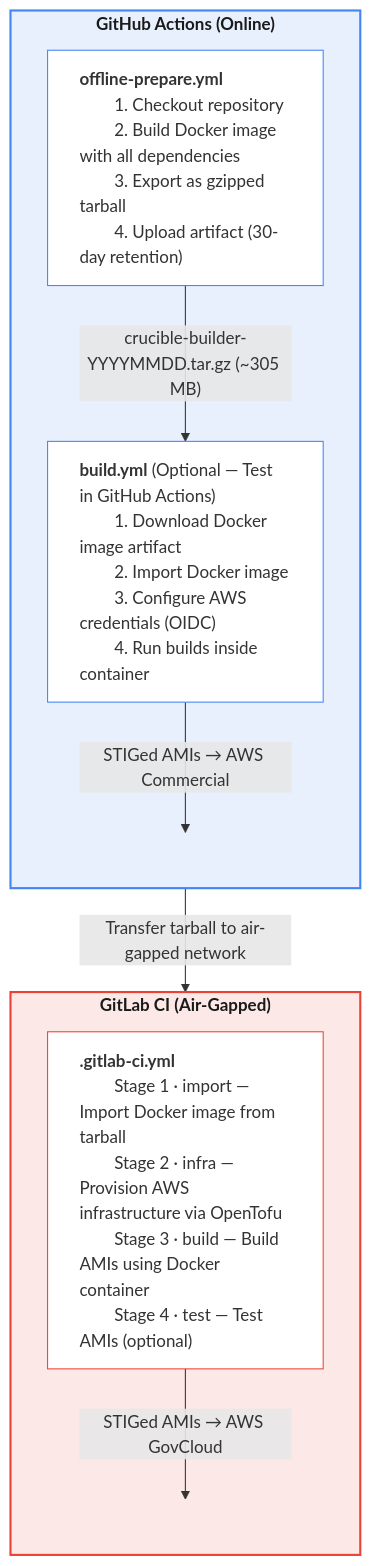
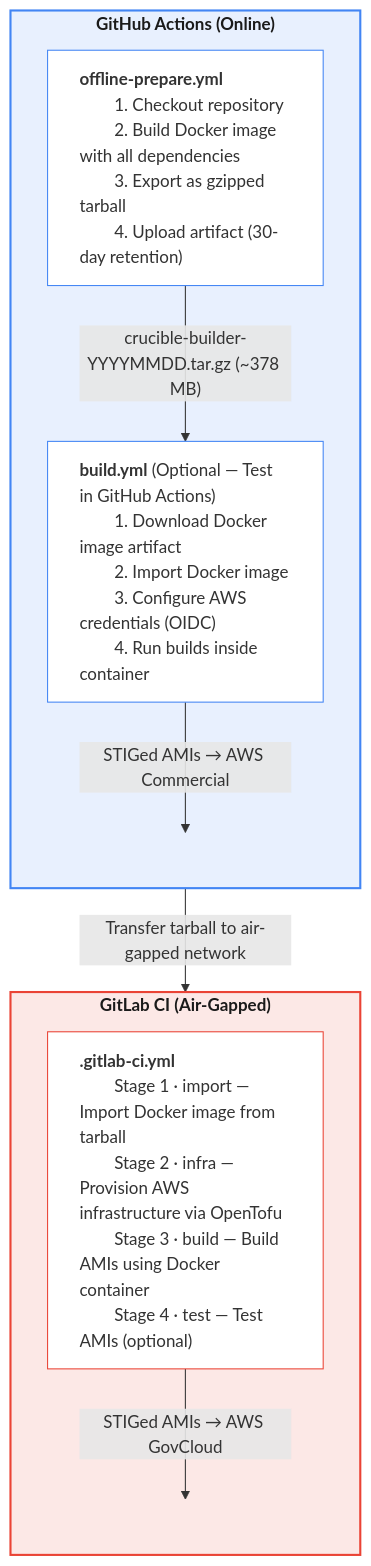
One commit to MetroStar/spel changed the diagram in docs/CI-CD-Setup.md. Above: the diagram before and after it, drawn with Mermaid. The commit also changed other lines of this file and 10 other files, not shown here.

````diff
--- a/docs/CI-CD-Setup.md
+++ b/docs/CI-CD-Setup.md
@@ -35,42 +35,42 @@
 ```mermaid
 flowchart TD
     subgraph GH["<b>GitHub Actions (Online)</b>"]
         direction TB
         prep["<b>offline-prepare.yml</b>
         1. Checkout repository
         2. Build Docker image with all dependencies
         3. Export as gzipped tarball
         4. Upload artifact (30-day retention)"]
 
-        prep -- "crucible-builder-YYYYMMDD.tar.gz (~305 MB)" --> build
+        prep -- "crucible-builder-YYYYMMDD.tar.gz (~378 MB)" --> build
 
         build["<b>build.yml</b> (Optional — Test in GitHub Actions)
         1. Download Docker image artifact
         2. Import Docker image
         3. Configure AWS credentials (OIDC)
         4. Run builds inside container"]
 
         build -- "STIGed AMIs → AWS Commercial" --> buildout((" "))
     end
 
     GH -- "Transfer tarball to air-gapped network" --> GL
 
     subgraph GL["<b>GitLab CI (Air-Gapped)</b>"]
         direction TB
         gl_pipe["<b>.gitlab-ci.yml</b>
         Stage 1 · import — Import Docker image from tarball
         Stage 2 · infra — Provision AWS infrastructure via OpenTofu
         Stage 3 · build — Build AMIs using Docker container
         Stage 4 · test — Test AMIs (optional)"]
 
         gl_pipe -- "STIGed AMIs → AWS GovCloud" --> glout((" "))
     end
 
     style GH fill:#e8f0fe,stroke:#4285f4,stroke-width:2px,color:#1a1a1a
     style GL fill:#fce8e6,stroke:#ea4335,stroke-width:2px,color:#1a1a1a
     style prep fill:#fff,stroke:#4285f4,text-align:left
     style build fill:#fff,stroke:#4285f4,text-align:left
     style gl_pipe fill:#fff,stroke:#ea4335,text-align:left
     style buildout fill:none,stroke:none
     style glout fill:none,stroke:none
 ```
````
